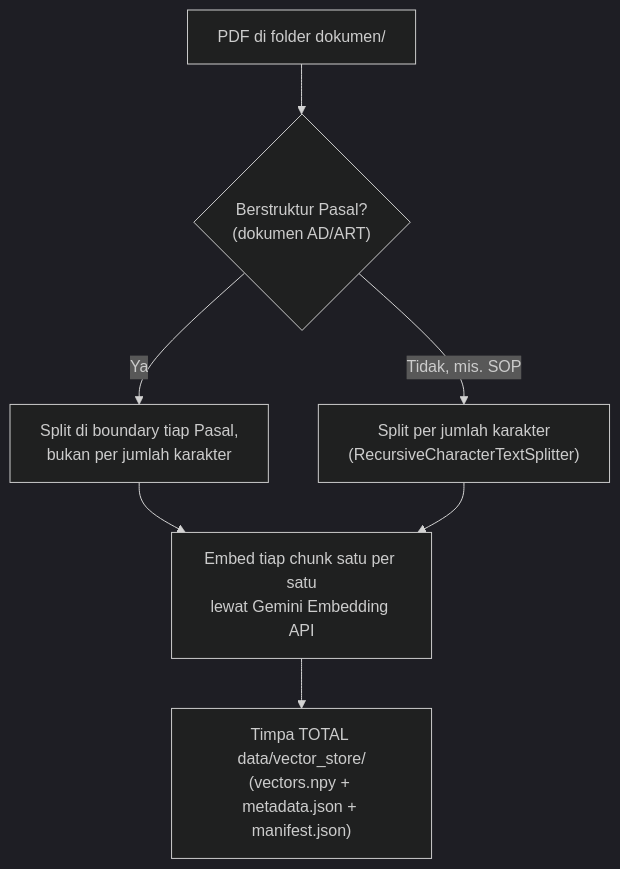
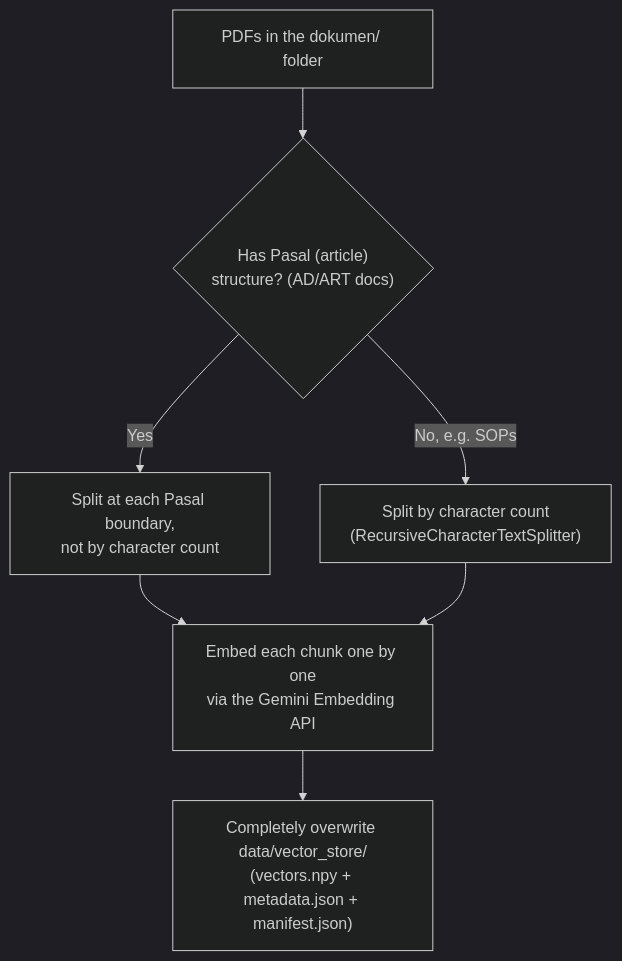
Before and after one commit to mahawaditra/ChatbotOSUI: the fourth of 5 diagrams in README.md, drawn with Mermaid (dark theme). The commit also changed other lines of this file, not shown here.

````diff
--- a/README.md
+++ b/README.md
@@ -49,9 +232,9 @@
 ```mermaid
 flowchart TD
-    A["PDF di folder dokumen/"] --> B{"Berstruktur Pasal?<br/>(dokumen AD/ART)"}
-    B -->|Ya| C["Split di boundary tiap Pasal,<br/>bukan per jumlah karakter"]
-    B -->|Tidak, mis. SOP| D["Split per jumlah karakter<br/>(RecursiveCharacterTextSplitter)"]
-    C --> E["Embed tiap chunk satu per satu<br/>lewat Gemini Embedding API"]
+    A["PDFs in the dokumen/ folder"] --> B{"Has Pasal (article)<br/>structure? (AD/ART docs)"}
+    B -->|Yes| C["Split at each Pasal boundary,<br/>not by character count"]
+    B -->|No, e.g. SOPs| D["Split by character count<br/>(RecursiveCharacterTextSplitter)"]
+    C --> E["Embed each chunk one by one<br/>via the Gemini Embedding API"]
     D --> E
-    E --> F["Timpa TOTAL data/vector_store/<br/>(vectors.npy + metadata.json + manifest.json)"]
+    E --> F["Completely overwrite data/vector_store/<br/>(vectors.npy + metadata.json + manifest.json)"]
 ```
````
